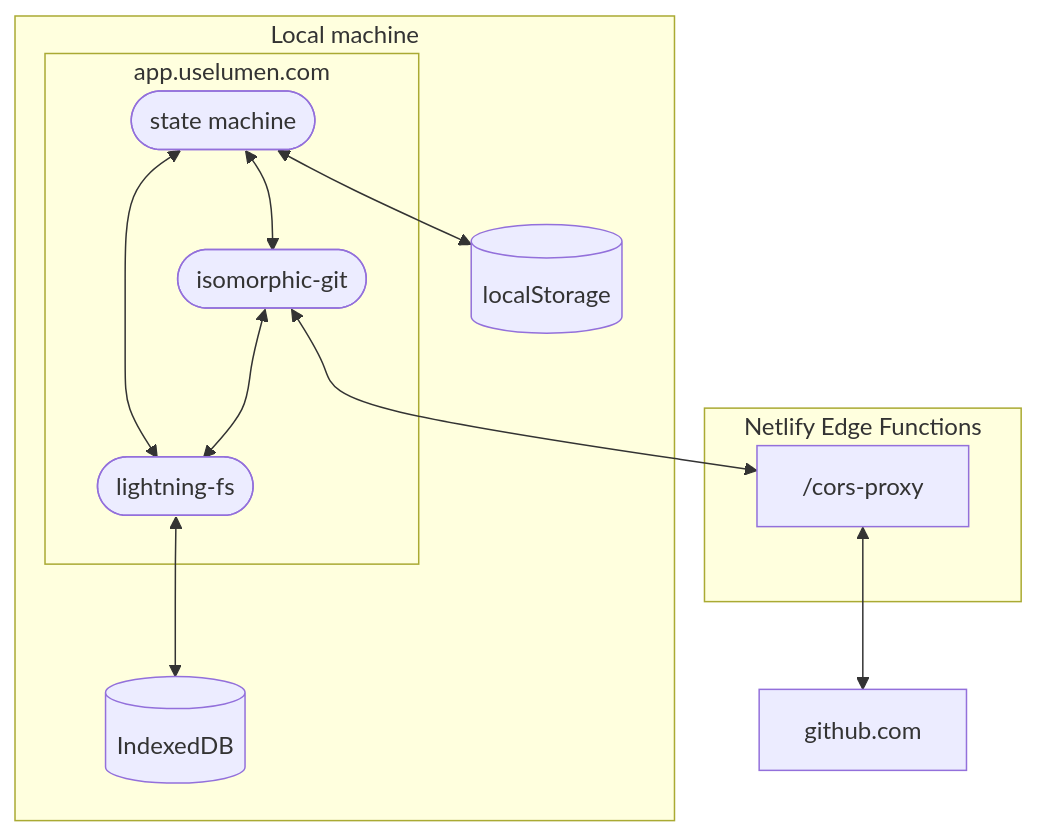
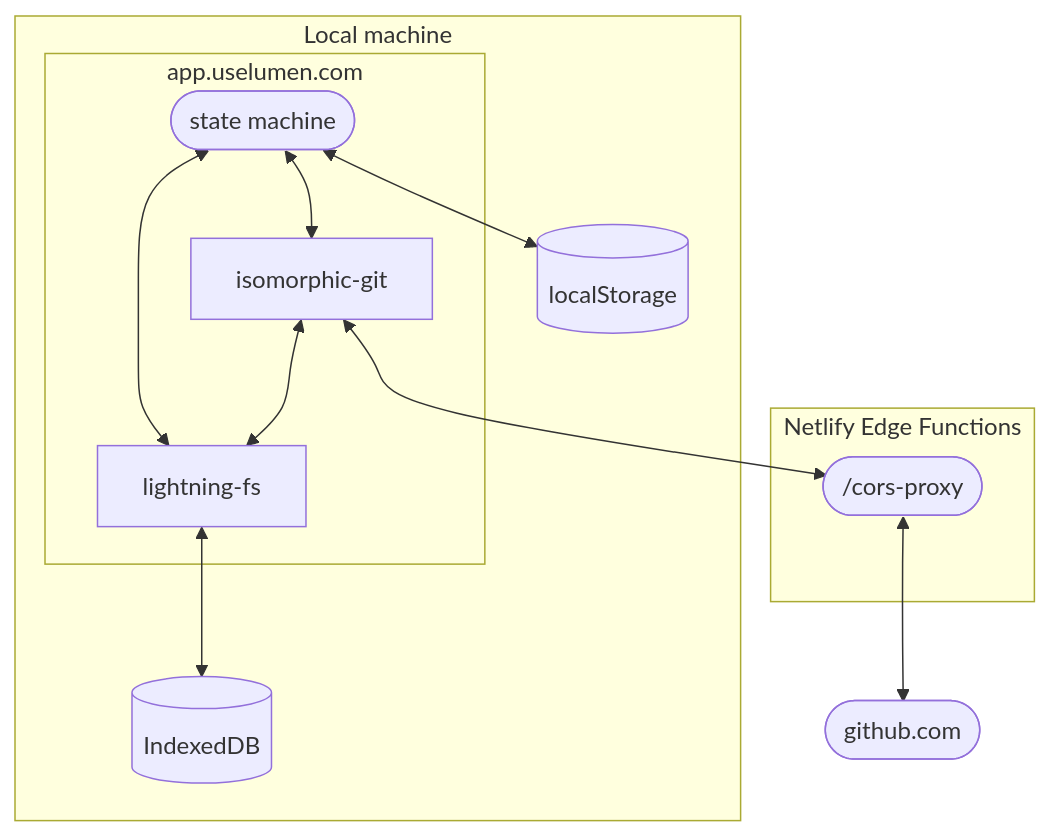
One commit to lumen-notes/lumen changed the diagram in CONTRIBUTING.md. Above: the diagram before and after it, drawn with Mermaid.

````diff
--- a/CONTRIBUTING.md
+++ b/CONTRIBUTING.md
@@ -43,27 +43,27 @@
 ```mermaid
 graph
     subgraph local[Local machine]
       subgraph app.uselumen.com
         state-machine([state machine])
-        isomorphic-git([isomorphic-git])
-        lightning-fs([lightning-fs])
+        isomorphic-git[isomorphic-git]
+        lightning-fs[lightning-fs]
       end
 
       local-storage[(localStorage)]
       indexeddb[(IndexedDB)]
     end
 
     subgraph edge[Netlify Edge Functions]
-      /cors-proxy
+      cors-proxy(["/cors-proxy"])
     end
 
-    github.com
+    github.com([github.com])
 
     state-machine <--> isomorphic-git
     state-machine <--> lightning-fs
     state-machine <--> local-storage
     isomorphic-git <--> lightning-fs
-    isomorphic-git <--> /cors-proxy
+    isomorphic-git <--> cors-proxy
     lightning-fs <--> indexeddb
-    /cors-proxy <--> github.com
+    cors-proxy <--> github.com
 ```
````
